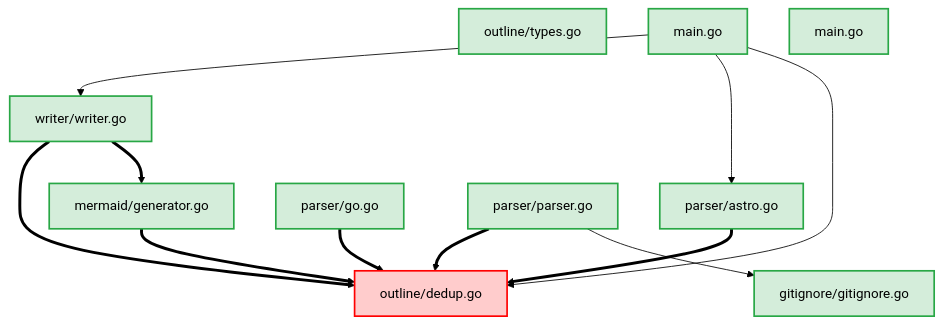
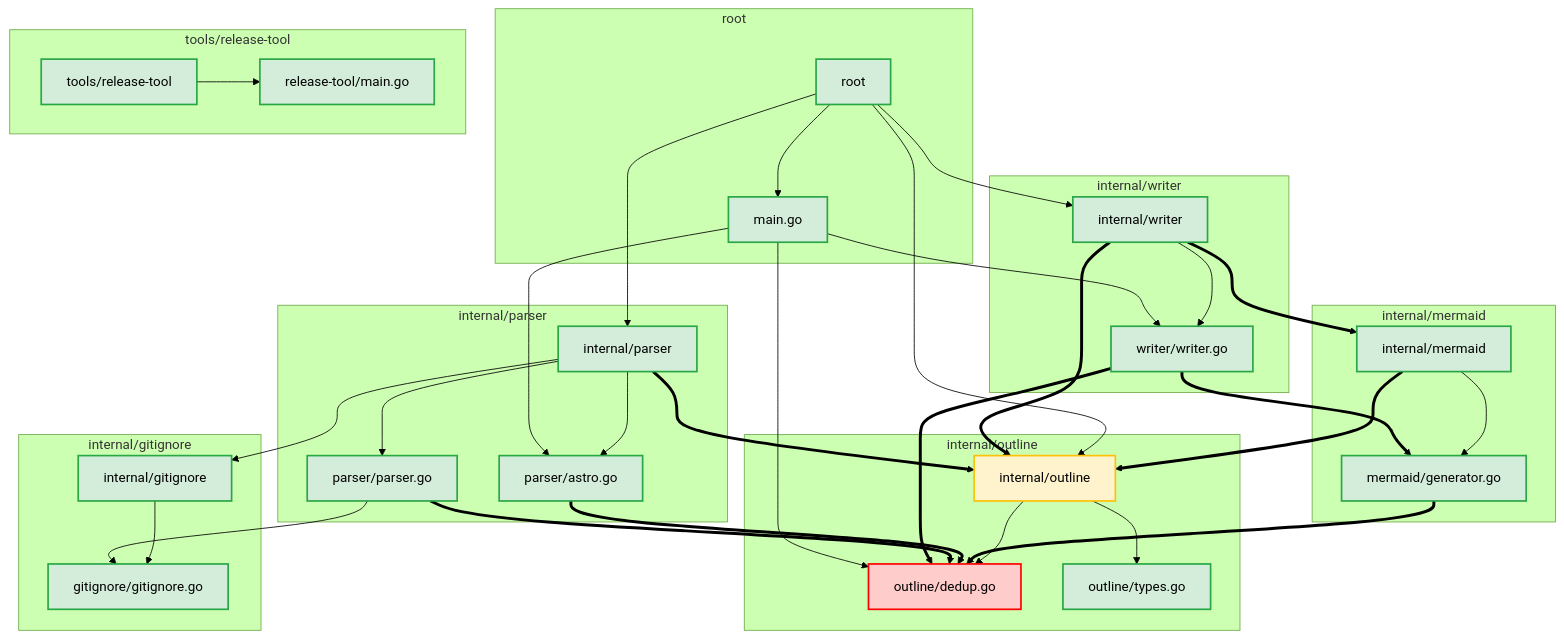
Before and after one commit to jasonwillschiu/codebrev: the diagram in codebrev.md, drawn with Mermaid (forest theme). The commit also changed other lines of this file and 10 other files, not shown here.

````diff
--- a/codebrev.md
+++ b/codebrev.md
@@ -9,28 +10,79 @@
 ```mermaid
-graph TD
-    F0["gitignore/gitignore.go"]:::lowRisk
-    F1["mermaid/generator.go"]:::lowRisk
-    F2["outline/dedup.go"]:::highRisk
-    F3["outline/types.go"]:::lowRisk
-    F4["parser/astro.go"]:::lowRisk
-    F5["parser/go.go"]:::lowRisk
-    F6["parser/parser.go"]:::lowRisk
-    F7["writer/writer.go"]:::lowRisk
-    F8["main.go"]:::lowRisk
-    F9["main.go"]:::lowRisk
+graph TB
+    P0["root"]:::lowRisk
+    P1["internal/gitignore"]:::lowRisk
+    P2["internal/mermaid"]:::lowRisk
+    P3["internal/outline"]:::mediumRisk
+    P4["internal/parser"]:::lowRisk
+    P5["internal/writer"]:::lowRisk
+    P6["tools/release-tool"]:::lowRisk
 
-    F1 ==> F2
-    F4 ==> F2
-    F5 ==> F2
-    F6 --> F0
-    F6 ==> F2
-    F7 ==> F1
+    subgraph pkg_root ["root"]
+        P0
+        F0["main.go"]:::lowRisk
+        P0 --> F0
+    end
+
+    subgraph pkg_internal_gitignore ["internal/gitignore"]
+        P1
+        F1["gitignore/gitignore.go"]:::lowRisk
+        P1 --> F1
+    end
+
+    subgraph pkg_internal_mermaid ["internal/mermaid"]
+        P2
+        F2["mermaid/generator.go"]:::lowRisk
+        P2 --> F2
+    end
+
+    subgraph pkg_internal_outline ["internal/outline"]
+        P3
+        F3["outline/dedup.go"]:::highRisk
+        P3 --> F3
+        F4["outline/types.go"]:::lowRisk
+        P3 --> F4
+    end
+
+    subgraph pkg_internal_parser ["internal/parser"]
+        P4
+        F5["parser/astro.go"]:::lowRisk
+        P4 --> F5
+        F6["parser/parser.go"]:::lowRisk
+        P4 --> F6
+    end
+
+    subgraph pkg_internal_writer ["internal/writer"]
+        P5
+        F7["writer/writer.go"]:::lowRisk
+        P5 --> F7
+    end
+
+    subgraph pkg_tools_release_tool ["tools/release-tool"]
+        P6
+        F8["release-tool/main.go"]:::lowRisk
+        P6 --> F8
+    end
+
+    P0 --> P3
+    P0 --> P4
+    P0 --> P5
+    P2 ==> P3
+    P4 ==> P3
+    P4 --> P1
+    P5 ==> P2
+    P5 ==> P3
+
+    F2 ==> F3
+    F5 ==> F3
+    F6 --> F1
+    F6 ==> F3
     F7 ==> F2
-    F8 --> F2
-    F8 --> F4
-    F8 --> F7
+    F7 ==> F3
+    F0 --> F3
+    F0 --> F5
+    F0 --> F7
 
     classDef highRisk fill:#ffcccc,stroke:#ff0000,stroke-width:2px
     classDef mediumRisk fill:#fff3cd,stroke:#ffc107,stroke-width:2px
     classDef lowRisk fill:#d4edda,stroke:#28a745,stroke-width:2px
 ```
````
